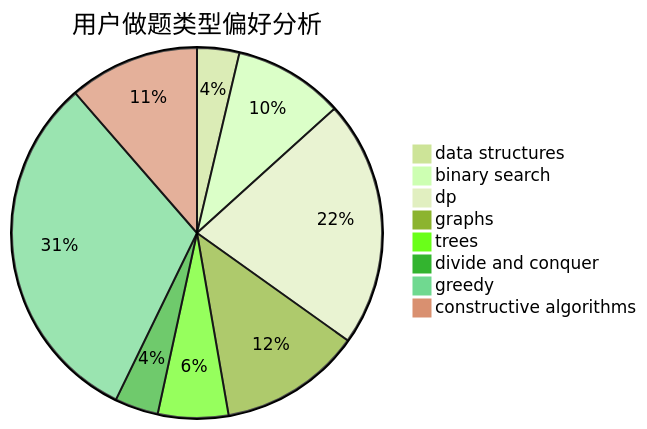
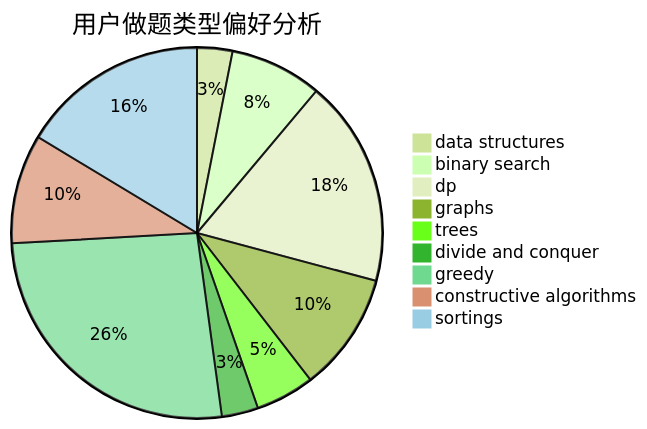
Before and after one commit to sherpahu/cfrs.github.io: the second of 3 diagrams in docs/user/u1487.md, drawn with Mermaid (forest theme). The commit also changed other lines of this file and 2769 other files, not shown here.

````diff
--- a/docs/user/u1487.md
+++ b/docs/user/u1487.md
@@ -23,11 +18,12 @@
 ```mermaid
 pie title 用户做题类型偏好分析
     "data structures" :  33
     "binary search" :  86
     "dp" :  193
     "graphs" :  111
     "trees" :  55
     "divide and conquer" :  34
     "greedy" :  281
     "constructive algorithms" :  102
+    "sortings" :  175
 ```
````
